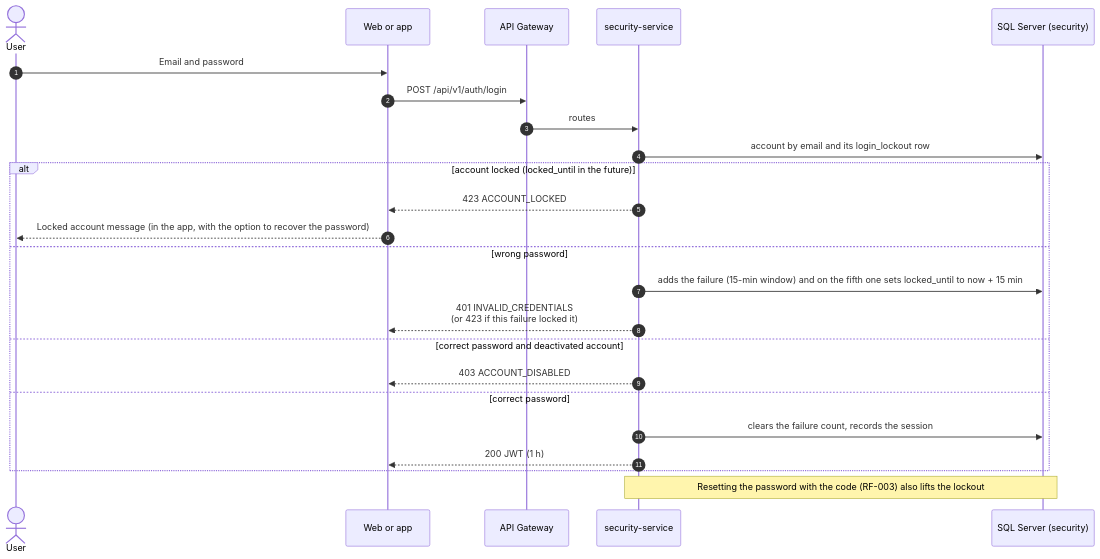
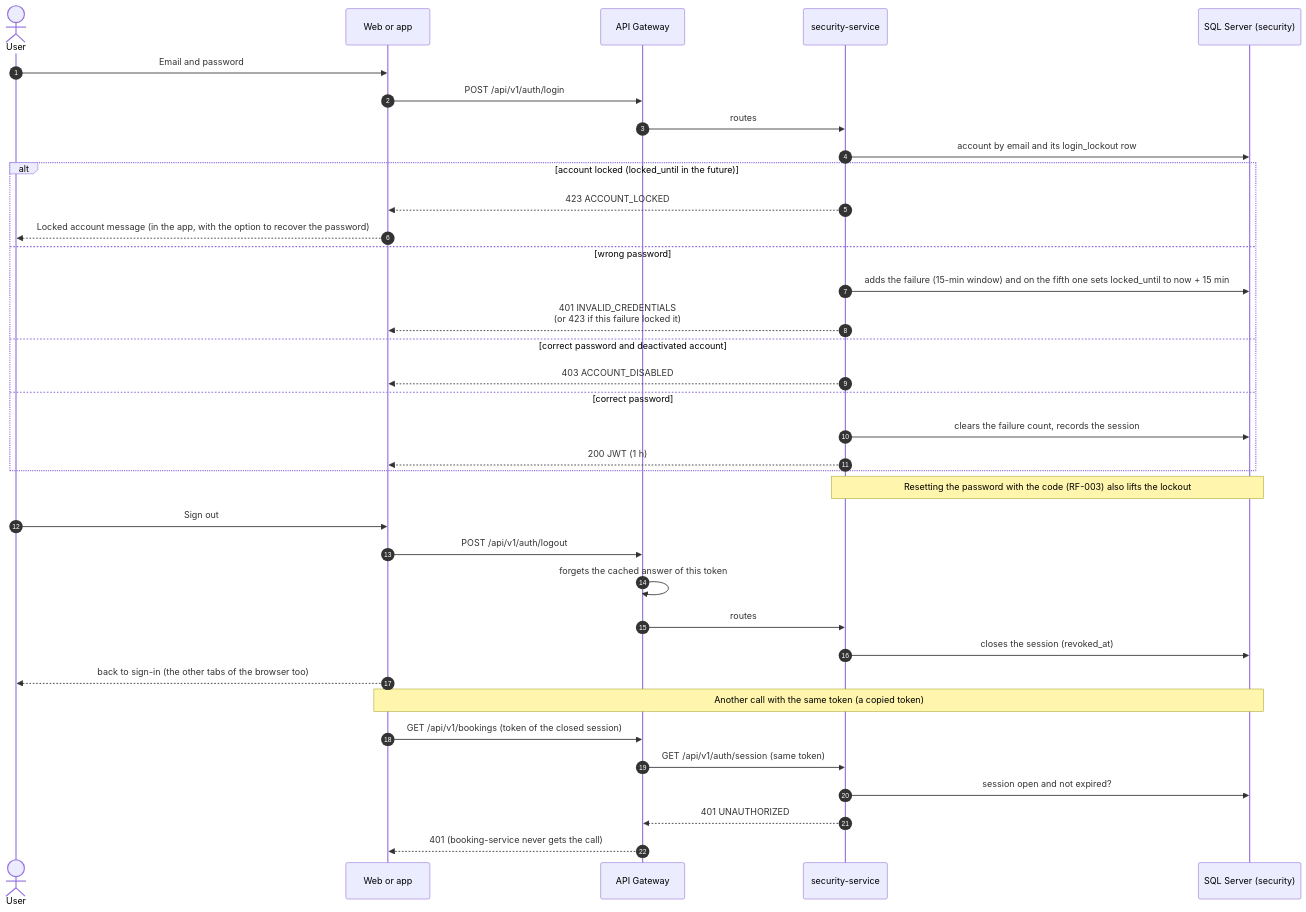
One commit to BrayanCABRERA123/lavarapido-docs changed diagram 12 of 26 in 02_DOCUMENTACION_DE_ANALISIS_DEL_SOFTWARE/EN/MD/software-analysis-documentation.md. Above: the diagram before and after it, drawn with Mermaid. The commit also changed other lines of this file, not shown here.

Commit message:
docs(analysis): add sign-out, the assignment lock, the 2 MB receipt and expired bookings in English (2.4)

````diff
--- a/02_DOCUMENTACION_DE_ANALISIS_DEL_SOFTWARE/EN/MD/software-analysis-documentation.md
+++ b/02_DOCUMENTACION_DE_ANALISIS_DEL_SOFTWARE/EN/MD/software-analysis-documentation.md
@@ -512,27 +517,40 @@
 ```mermaid
 sequenceDiagram
     autonumber
     actor U as User
     participant W as Web or app
     participant GW as API Gateway
     participant S as security-service
     participant DB as SQL Server (security)
 
     U->>W: Email and password
     W->>GW: POST /api/v1/auth/login
     GW->>S: routes
     S->>DB: account by email and its login_lockout row
     alt account locked (locked_until in the future)
         S-->>W: 423 ACCOUNT_LOCKED
         W-->>U: Locked account message (in the app, with the option to recover the password)
     else wrong password
         S->>DB: adds the failure (15-min window) and on the fifth one sets locked_until to now + 15 min
         S-->>W: 401 INVALID_CREDENTIALS<br/>(or 423 if this failure locked it)
     else correct password and deactivated account
         S-->>W: 403 ACCOUNT_DISABLED
     else correct password
         S->>DB: clears the failure count, records the session
         S-->>W: 200 JWT (1 h)
     end
     Note over S,DB: Resetting the password with the code (RF-003) also lifts the lockout
+
+    U->>W: Sign out
+    W->>GW: POST /api/v1/auth/logout
+    GW->>GW: forgets the cached answer of this token
+    GW->>S: routes
+    S->>DB: closes the session (revoked_at)
+    W-->>U: back to sign-in (the other tabs of the browser too)
+    Note over W,DB: Another call with the same token (a copied token)
+    W->>GW: GET /api/v1/bookings (token of the closed session)
+    GW->>S: GET /api/v1/auth/session (same token)
+    S->>DB: session open and not expired?
+    S-->>GW: 401 UNAUTHORIZED
+    GW-->>W: 401 (booking-service never gets the call)
 ```
````
